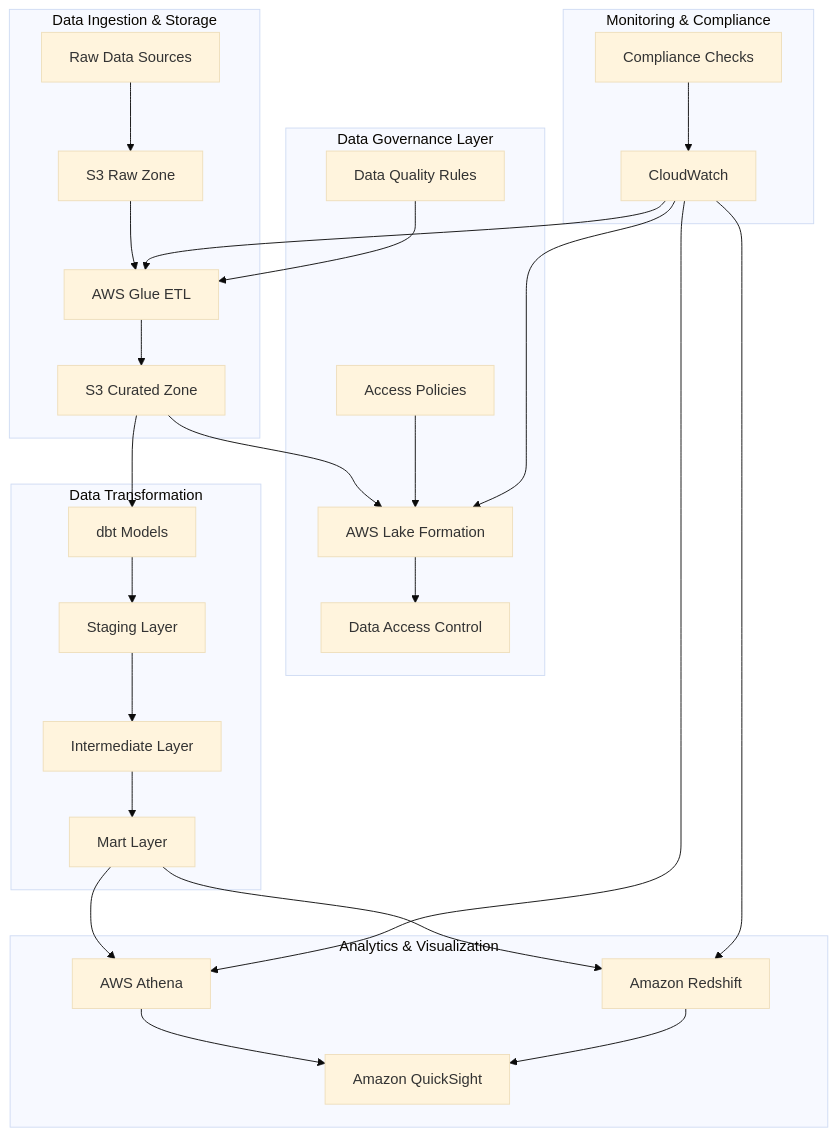
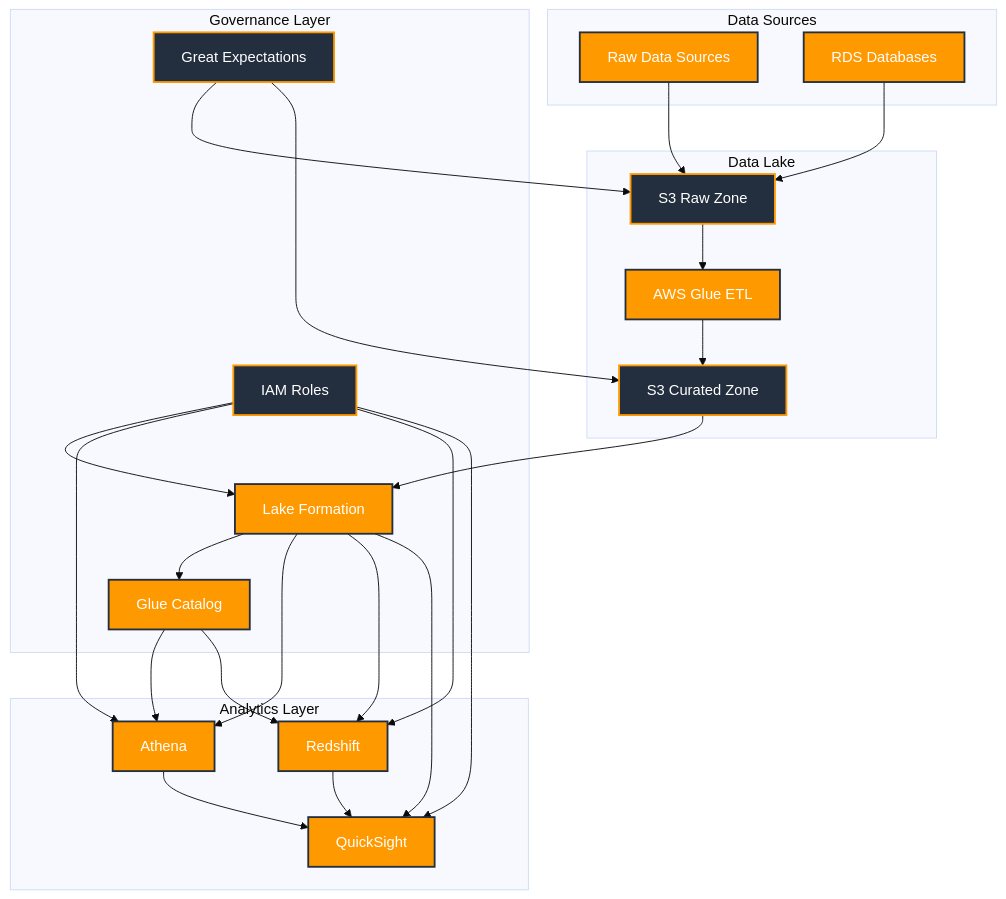
The diagram in README.md (dilli-data/Data-Governance-Framework), drawn with Mermaid (base theme) before and after one commit. The commit also changed other lines of this file, not shown here.

````diff
--- a/README.md
+++ b/README.md
@@ -8,37 +7,63 @@
 ```mermaid
 graph TD
-    subgraph "Data Ingestion & Storage"
-        A[Raw Data Sources] --> B[S3 Raw Zone]
-        B --> C[AWS Glue ETL]
-        C --> D[S3 Curated Zone]
+    %% Main Components
+    subgraph "Data Sources"
+        DS1[Raw Data Sources]
+        DS2[RDS Databases]
     end
 
-    subgraph "Data Governance Layer"
-        D --> E[AWS Lake Formation]
-        E --> F[Data Access Control]
-        G[Data Quality Rules] --> C
-        H[Access Policies] --> E
+    subgraph "Data Lake"
+        S3R[S3 Raw Zone]
+        S3C[S3 Curated Zone]
+        GLUE[AWS Glue ETL]
     end
 
-    subgraph "Data Transformation"
-        D --> I[dbt Models]
-        I --> J[Staging Layer]
-        J --> K[Intermediate Layer]
-        K --> L[Mart Layer]
+    subgraph "Governance Layer"
+        LF[Lake Formation]
+        IAM[IAM Roles]
+        GC[Glue Catalog]
+        GE[Great Expectations]
     end
 
-    subgraph "Analytics & Visualization"
-        L --> M[AWS Athena]
-        L --> N[Amazon Redshift]
-        M --> O[Amazon QuickSight]
-        N --> O
+    subgraph "Analytics Layer"
+        ATH[Athena]
+        RS[Redshift]
+        QS[QuickSight]
     end
 
-    subgraph "Monitoring & Compliance"
-        P[CloudWatch] --> C
-        P --> E
-        P --> M
-        P --> N
-        Q[Compliance Checks] --> P
-    end
+    %% Data Flow
+    DS1 --> S3R
+    DS2 --> S3R
+    S3R --> GLUE
+    GLUE --> S3C
+
+    %% Governance Flow
+    S3C --> LF
+    LF --> GC
+    IAM --> LF
+    GE --> S3R
+    GE --> S3C
+
+    %% Analytics Flow
+    GC --> ATH
+    GC --> RS
+    ATH --> QS
+    RS --> QS
+
+    %% Access Control
+    IAM --> ATH
+    IAM --> RS
+    IAM --> QS
+    LF --> ATH
+    LF --> RS
+    LF --> QS
+
+    %% Styling
+    classDef aws fill:#FF9900,stroke:#232F3E,stroke-width:2px,color:white;
+    classDef service fill:#232F3E,stroke:#FF9900,stroke-width:2px,color:white;
+    classDef storage fill:#232F3E,stroke:#FF9900,stroke-width:2px,color:white;
+    
+    class DS1,DS2,GLUE,LF,GC,ATH,RS,QS aws;
+    class IAM,GE service;
+    class S3R,S3C storage;
 ```
````
